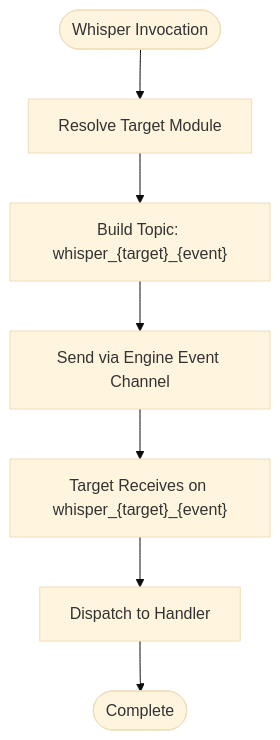
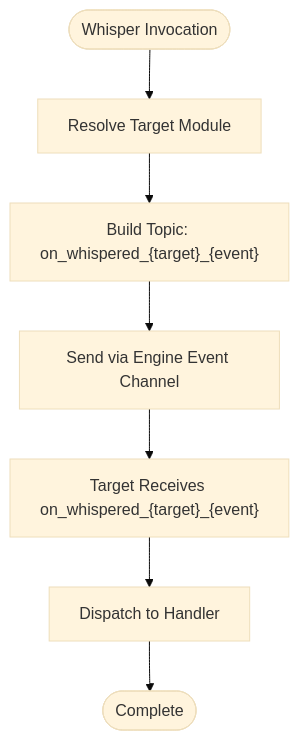
Before and after one commit to zt281/TycheEngine: the fifth of 7 diagrams in .qoder/repowiki/en/content/Communication Patterns/Communication Patterns.md, drawn with Mermaid (base theme). The commit also changed other lines of this file and 11 other files, not shown here.

````diff
--- a/.qoder/repowiki/en/content/Communication Patterns/Communication Patterns.md
+++ b/.qoder/repowiki/en/content/Communication Patterns/Communication Patterns.md
@@ -267,9 +279,9 @@
 ```mermaid
 flowchart TD
 Start(["Whisper Invocation"]) --> CheckTarget["Resolve Target Module"]
-CheckTarget --> BuildTopic["Build Topic: whisper_{target}_{event}"]
+CheckTarget --> BuildTopic["Build Topic: on_whispered_{target}_{event}"]
 BuildTopic --> Send["Send via Engine Event Channel"]
-Send --> Receive["Target Receives on whisper_{target}_{event}"]
+Send --> Receive["Target Receives on_whispered_{target}_{event}"]
 Receive --> Dispatch["Dispatch to Handler"]
 Dispatch --> End(["Complete"])
 ```
````
